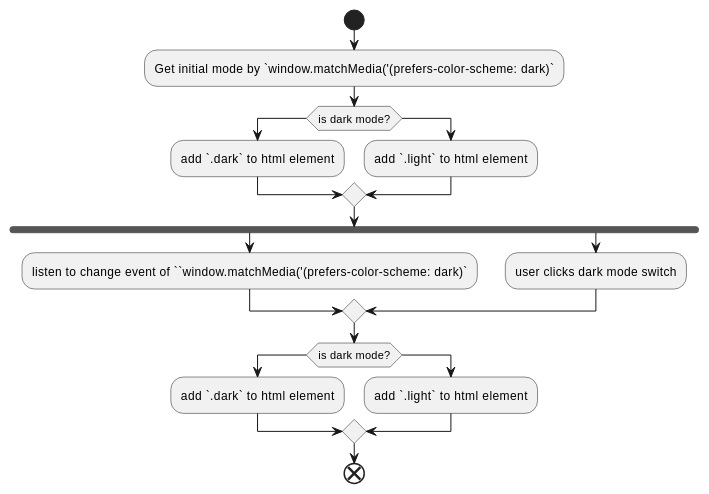
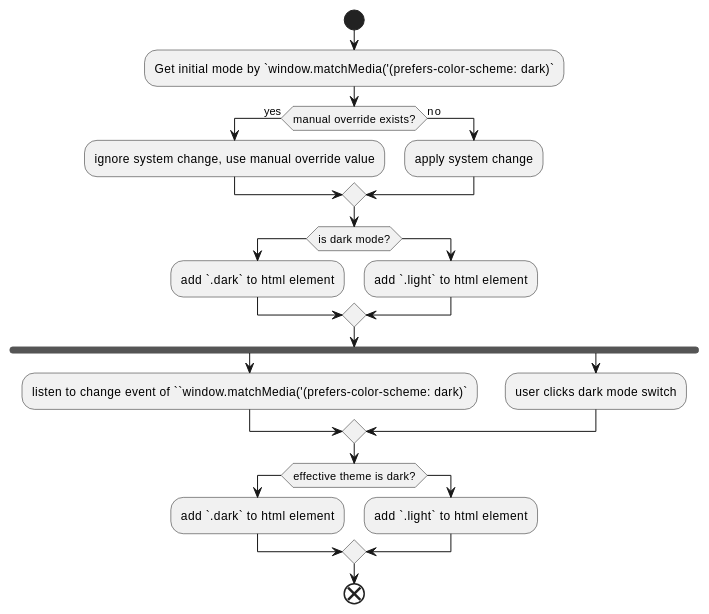
Before and after one commit to linx4200/xinranliu.me: the third of 4 diagrams in specs/Technical Specification.md, drawn with PlantUML. The commit also changed other lines of this file and 4 other files, not shown here.

Commit message:
fix: dark mode switch bug

````diff
--- a/specs/Technical Specification.md
+++ b/specs/Technical Specification.md
@@ -142,22 +144,27 @@
 ```plantuml
 @startuml
 start;
 :Get initial mode by `window.matchMedia('(prefers-color-scheme: dark)`;
+if (manual override exists?) then (yes)
+  :ignore system change, use manual override value;
+else (no)
+  :apply system change;
+endif
 if (is dark mode?)
   :add `.dark` to html element;
-else 
+else
   :add `.light` to html element;
 endif
 fork
   :listen to change event of ``window.matchMedia('(prefers-color-scheme: dark)`;
 fork again
   :user clicks dark mode switch;
 end merge
-if (is dark mode?)
+if (effective theme is dark?)
   :add `.dark` to html element;
-else 
+else
   :add `.light` to html element;
 endif
 end
 @enduml
 ```
````
